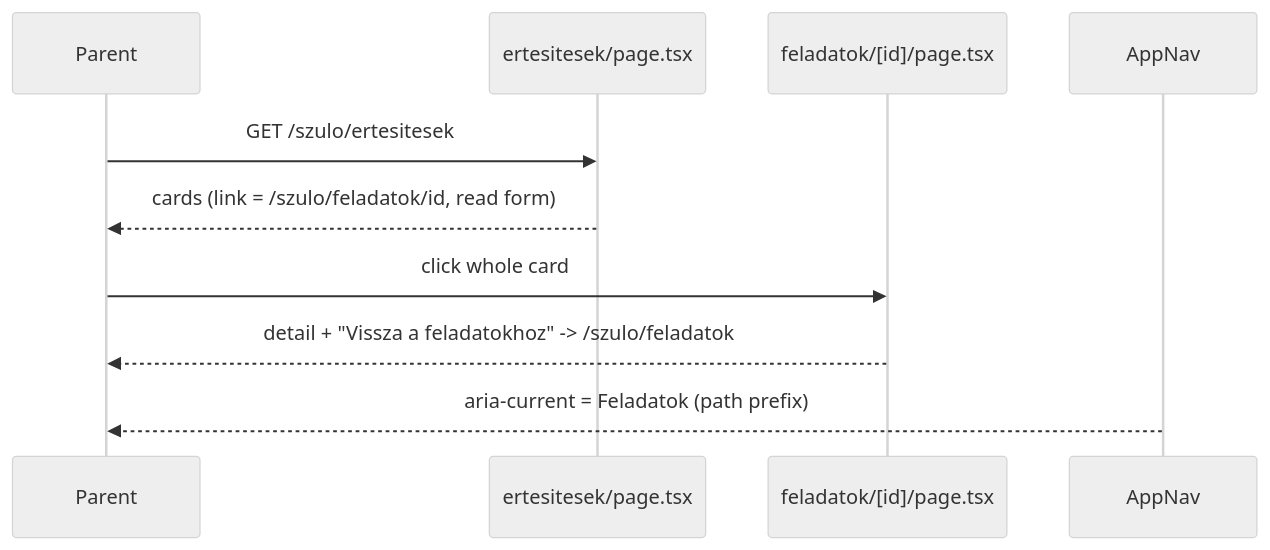
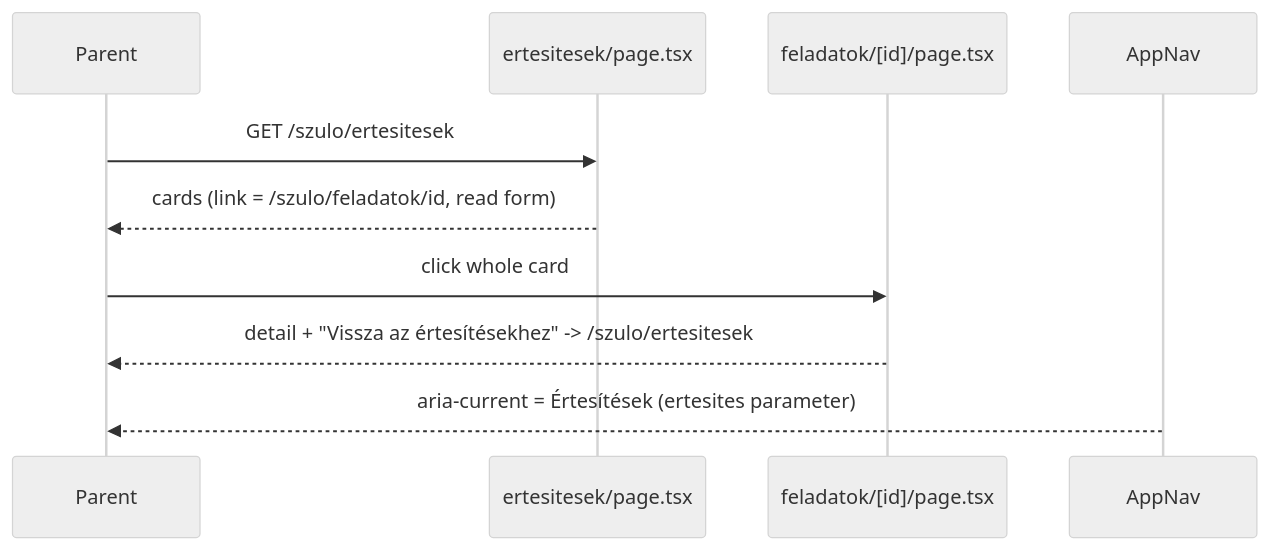
Before and after one commit to bbotond83/waldorf-community-task-manager: the third of 6 diagrams in aidlc/spaces/default/codekb/waldorf-community-task-manager/architecture.md, drawn with Mermaid (neutral theme). The commit also changed other lines of this file and 84 other files, not shown here.

````diff
--- a/aidlc/spaces/default/codekb/waldorf-community-task-manager/architecture.md
+++ b/aidlc/spaces/default/codekb/waldorf-community-task-manager/architecture.md
@@ -61,12 +85,12 @@
 ```mermaid
 sequenceDiagram
   participant U as Parent
   participant N as ertesitesek/page.tsx
   participant D as feladatok/[id]/page.tsx
   participant Nav as AppNav
   U->>N: GET /szulo/ertesitesek
   N-->>U: cards (link = /szulo/feladatok/id, read form)
   U->>D: click whole card
-  D-->>U: detail + "Vissza a feladatokhoz" -> /szulo/feladatok
-  Nav-->>U: aria-current = Feladatok (path prefix)
+  D-->>U: detail + "Vissza az értesítésekhez" -> /szulo/ertesitesek
+  Nav-->>U: aria-current = Értesítések (ertesites parameter)
 ```
````
